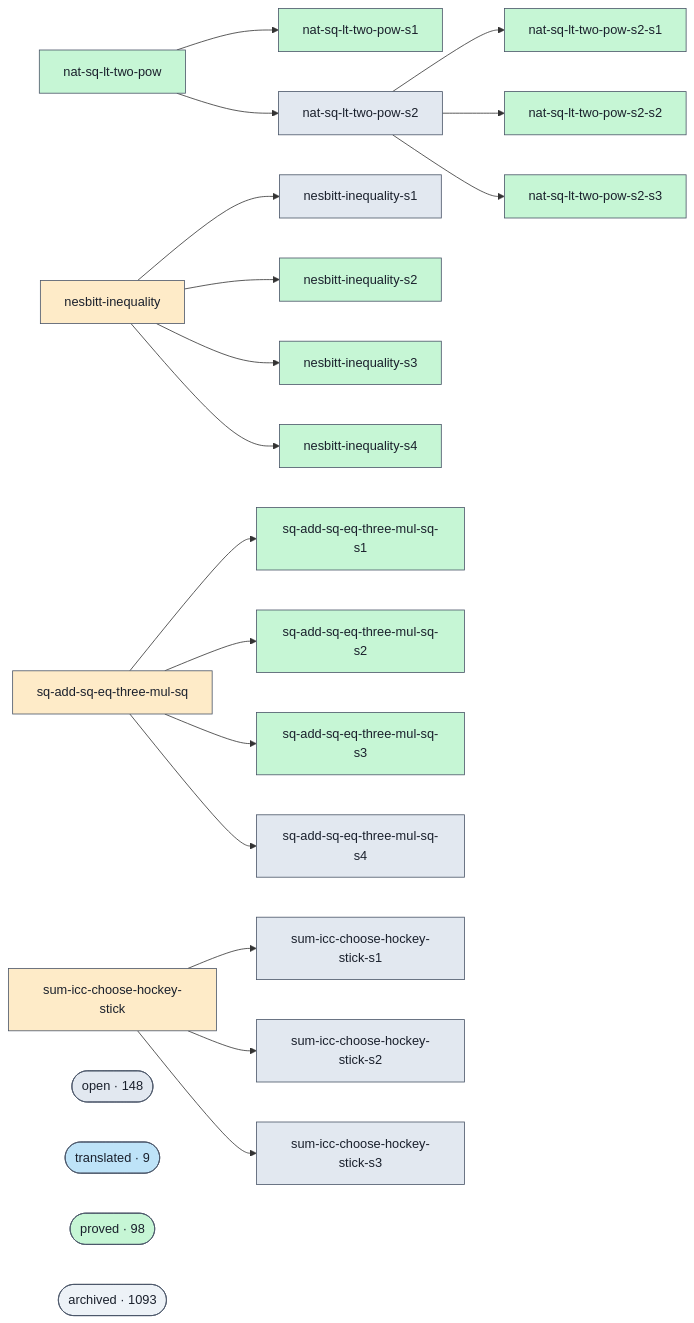
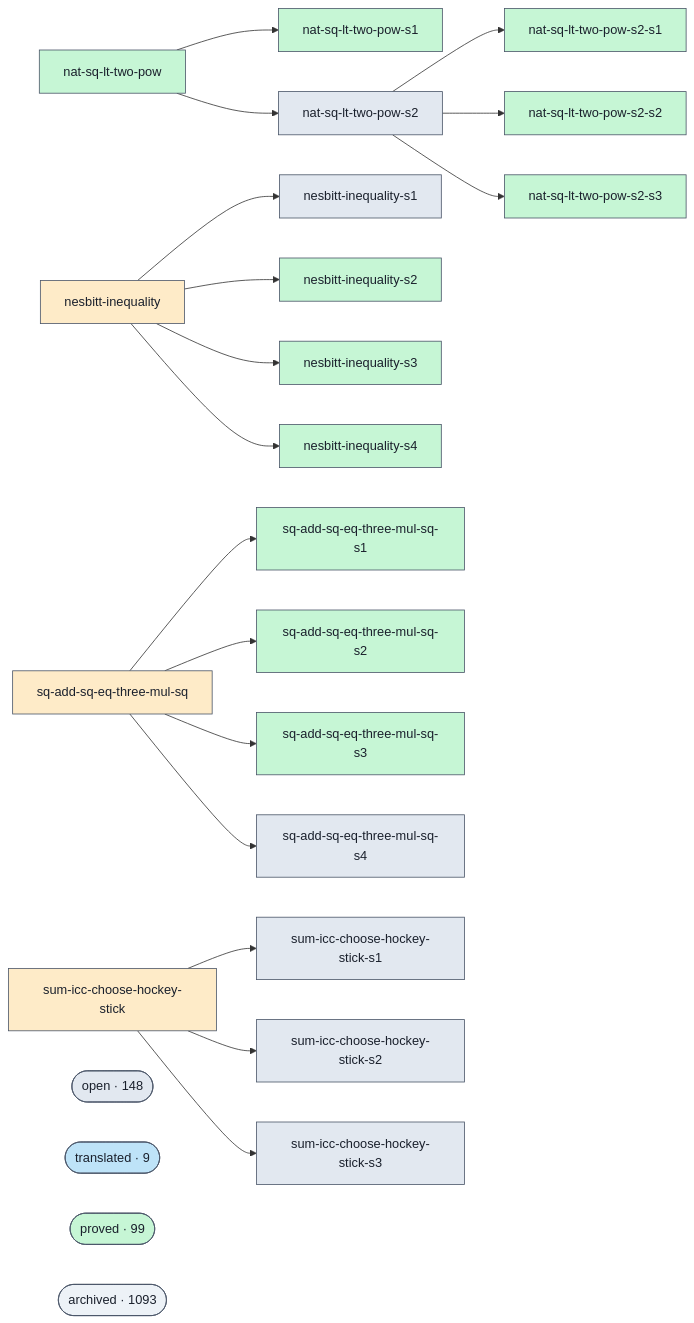
Before and after one commit to Rauxon/unsorry: the diagram in docs/proofs-contributors-visualisation.md, drawn with Mermaid. The commit also changed other lines of this file and 2 other files, not shown here.

```diff
--- a/docs/proofs-contributors-visualisation.md
+++ b/docs/proofs-contributors-visualisation.md
@@ -102,7 +102,7 @@
   class cluster_open open;
   cluster_translated(["translated · 9"])
   class cluster_translated translated;
-  cluster_proved(["proved · 98"])
+  cluster_proved(["proved · 99"])
   class cluster_proved proved;
   cluster_archived(["archived · 1093"])
   class cluster_archived unknown;
```
